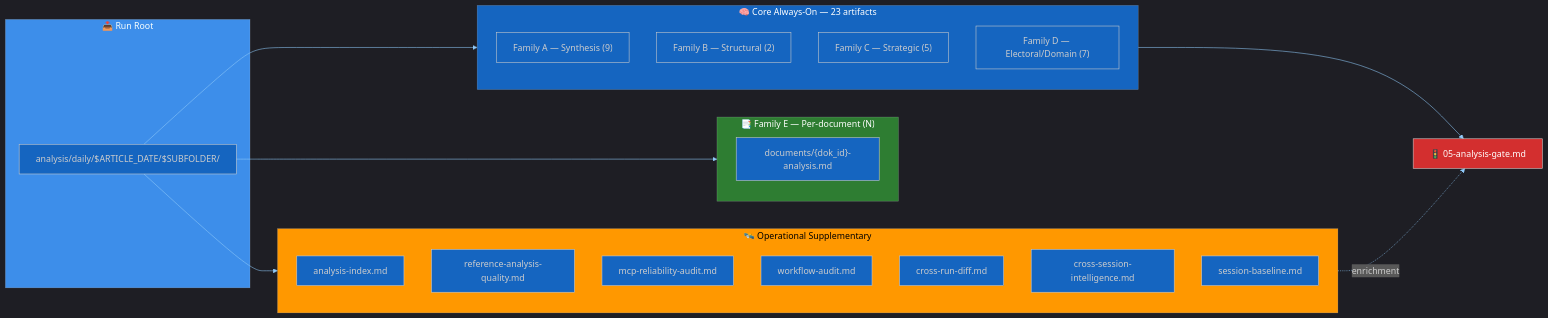
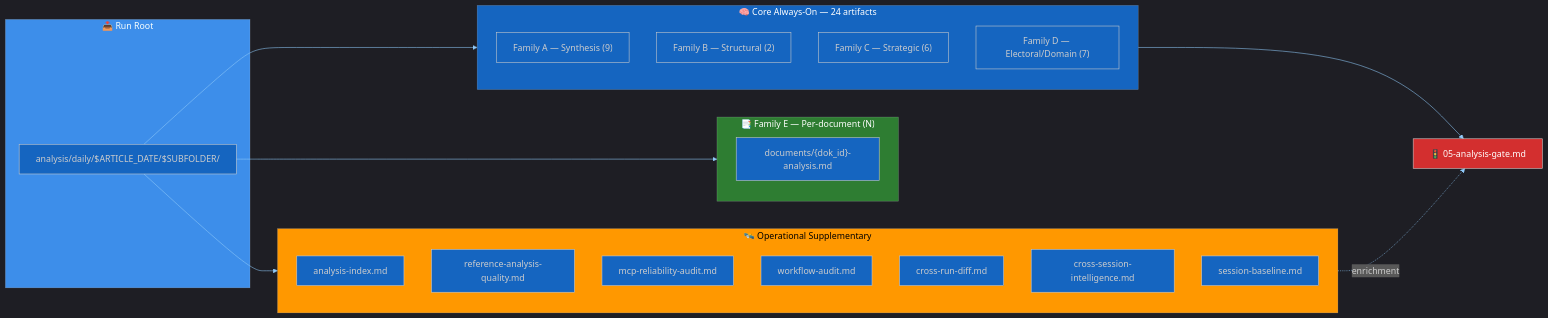
One commit to Hack23/riksdagsmonitor changed the diagram in analysis/methodologies/artifact-catalog.md. Above: the diagram before and after it, drawn with Mermaid. The commit also changed other lines of this file and 1 other file, not shown here.

````diff
--- a/analysis/methodologies/artifact-catalog.md
+++ b/analysis/methodologies/artifact-catalog.md
@@ -46,35 +46,35 @@
 ```mermaid
 %%{init: {"theme":"dark","themeVariables":{"primaryColor":"#1565C0","primaryTextColor":"#ffffff","primaryBorderColor":"#0A3F7F","lineColor":"#90CAF9","secondaryColor":"#2E7D32","secondaryTextColor":"#ffffff","tertiaryColor":"#FF9800","tertiaryTextColor":"#000000","mainBkg":"#1565C0","secondBkg":"#2E7D32","tertiaryBkg":"#FF9800","noteBkgColor":"#FFC107","noteTextColor":"#000000","errorBkgColor":"#D32F2F","fontFamily":"Inter, Helvetica, Arial, sans-serif"}}}%%
 flowchart LR
     subgraph INPUT["📥 Run Root"]
         R["analysis/daily/$ARTICLE_DATE/$SUBFOLDER/"]
     end
-    subgraph CORE["🧠 Core Always-On — 23 artifacts"]
+    subgraph CORE["🧠 Core Always-On — 24 artifacts"]
         A["Family A — Synthesis (9)"]
         B["Family B — Structural (2)"]
-        C["Family C — Strategic (5)"]
+        C["Family C — Strategic (6)"]
         D["Family D — Electoral/Domain (7)"]
     end
     subgraph E["📑 Family E — Per-document (N)"]
         E1["documents/{dok_id}-analysis.md"]
     end
     subgraph SUPP["🛰️ Operational Supplementary"]
         S1["analysis-index.md"]
         S2["reference-analysis-quality.md"]
         S3["mcp-reliability-audit.md"]
         S4["workflow-audit.md"]
         S5["cross-run-diff.md"]
         S6["cross-session-intelligence.md"]
         S7["session-baseline.md"]
     end
     R --> CORE
     R --> E
     R --> SUPP
     CORE --> GATE["🚦 05-analysis-gate.md"]
     SUPP -. enrichment .-> GATE
 
     style CORE fill:#1565C0,color:#ffffff
     style E fill:#2E7D32,color:#ffffff
     style SUPP fill:#FF9800,color:#000000
     style GATE fill:#D32F2F,color:#ffffff
 ```
````
